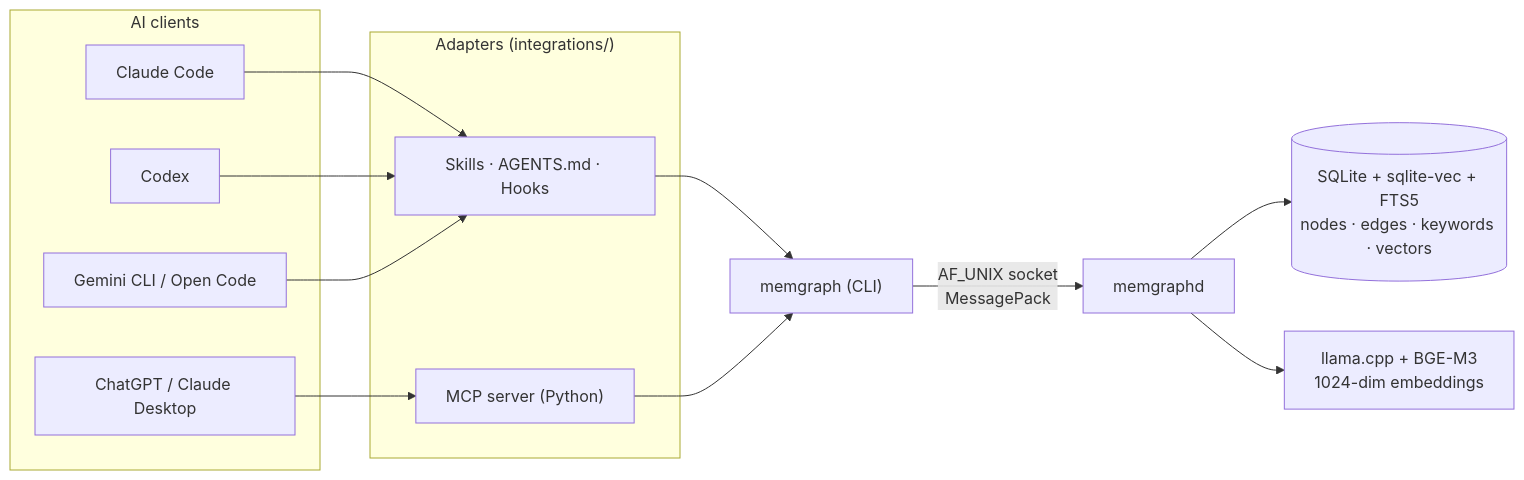
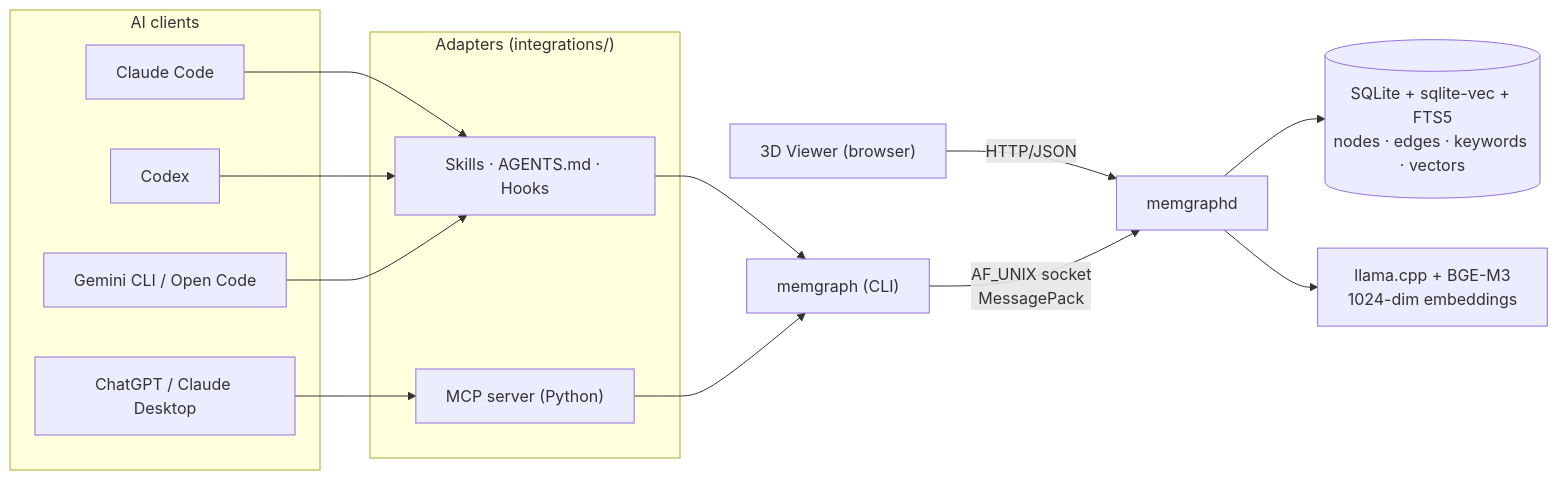
The diagram in README.md (AEndrix03/Graft), drawn with Mermaid before and after one commit. The commit also changed other lines of this file and 3 other files, not shown here.

````diff
--- a/README.md
+++ b/README.md
@@ -229,24 +263,27 @@
 ```mermaid
 flowchart LR
     subgraph Clients["AI clients"]
       A1["Claude Code"]
       A2["Codex"]
       A3["ChatGPT / Claude Desktop"]
       A4["Gemini CLI / Open Code"]
     end
 
     subgraph Adapters["Adapters (integrations/)"]
       S["Skills · AGENTS.md · Hooks"]
       M["MCP server (Python)"]
     end
 
+    Browser["3D Viewer (browser)"]
+
     A1 --> S
     A2 --> S
     A4 --> S
     A3 --> M
     S --> CLI["memgraph (CLI)"]
     M --> CLI
+    Browser -->|HTTP/JSON| Daemon
     CLI -->|AF_UNIX socket<br/>MessagePack| Daemon["memgraphd"]
     Daemon --> Storage[("SQLite + sqlite-vec + FTS5<br/>nodes · edges · keywords · vectors")]
     Daemon --> Embed["llama.cpp + BGE-M3<br/>1024-dim embeddings"]
 ```
````
